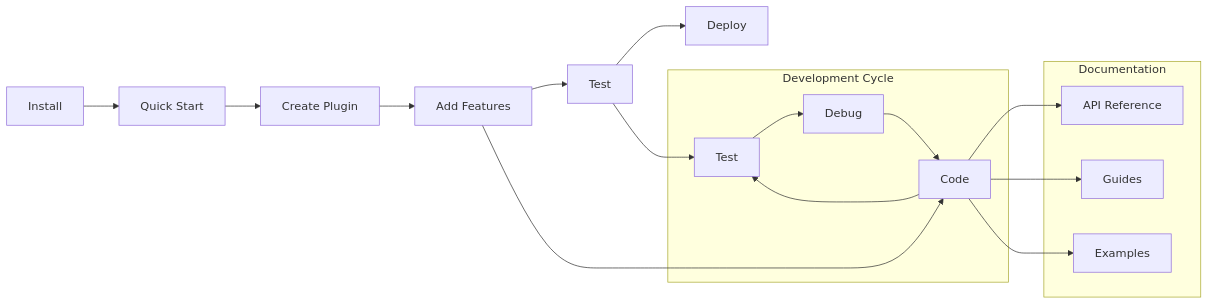
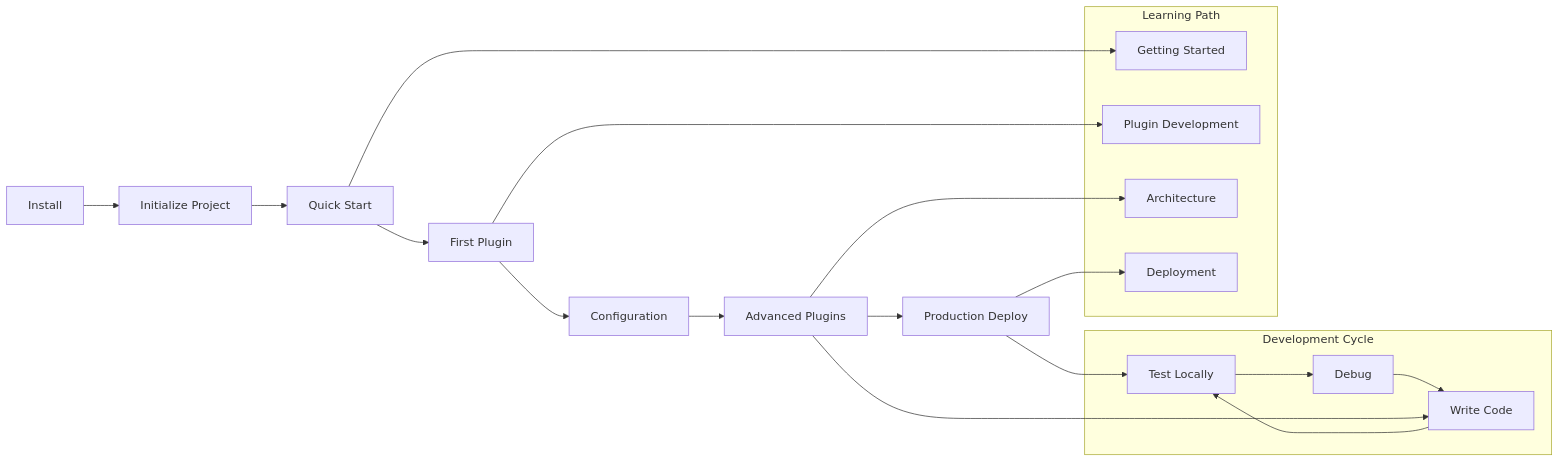
One commit to dnviti/Nexus changed the second of 2 diagrams in docs/index.md. Above: the diagram before and after it, drawn with Mermaid. The commit also changed other lines of this file and 9 other files, not shown here.

Commit message:
docs: streamline documentation aligned with code

````diff
--- a/docs/index.md
+++ b/docs/index.md
@@ -211,25 +215,28 @@
 ```mermaid
 graph LR
-    A[Install] --> B[Quick Start]
-    B --> C[Create Plugin]
-    C --> D[Add Features]
-    D --> E[Test]
-    E --> F[Deploy]
+    A[Install] --> B[Initialize Project]
+    B --> C[Quick Start]
+    C --> D[First Plugin]
+    D --> E[Configuration]
+    E --> F[Advanced Plugins]
+    F --> G[Production Deploy]
 
     subgraph "Development Cycle"
-        G[Code] --> H[Test] --> I[Debug] --> G
+        H[Write Code] --> I[Test Locally] --> J[Debug] --> H
     end
 
-    D --> G
-    E --> H
+    F --> H
+    G --> I
 
-    subgraph "Documentation"
-        J[API Reference]
-        K[Guides]
-        L[Examples]
+    subgraph "Learning Path"
+        K[Getting Started]
+        L[Plugin Development]
+        M[Architecture]
+        N[Deployment]
     end
 
-    G --> J
-    G --> K
-    G --> L
+    C --> K
+    D --> L
+    F --> M
+    G --> N
 ```
````
